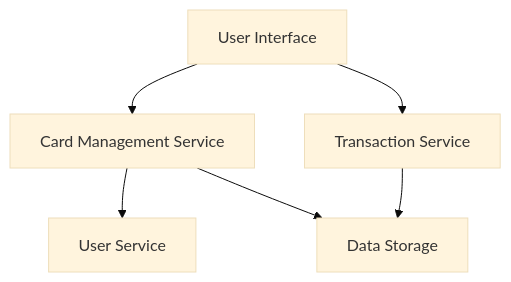
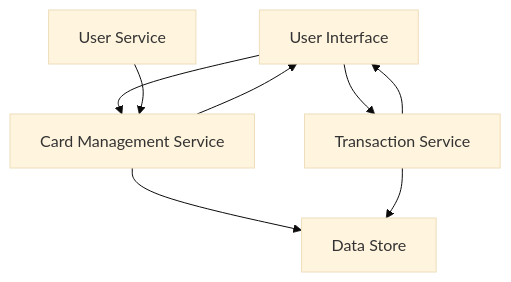
Before and after one commit to AAVA-Demo/APB_Demo: the diagram in HLD/QE-7716_HLD.md, drawn with Mermaid (base theme). The commit also changed other lines of this file and 5 other files, not shown here.

````diff
--- a/HLD/QE-7716_HLD.md
+++ b/HLD/QE-7716_HLD.md
@@ -7,13 +7,15 @@
 ```mermaid
 flowchart TD
     A["User Interface"]
     B["Card Management Service"]
     C["Transaction Service"]
     D["User Service"]
-    E["Data Storage"]
+    E["Data Store"]
     A --> B
     A --> C
-    B --> D
     B --> E
     C --> E
+    D --> B
+    B --> A
+    C --> A
 ```
````
